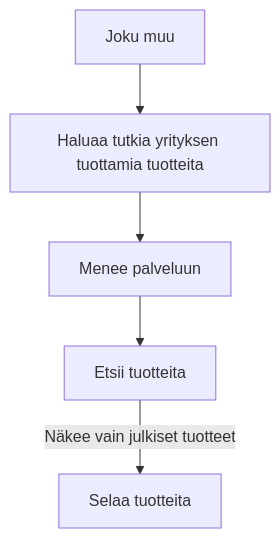
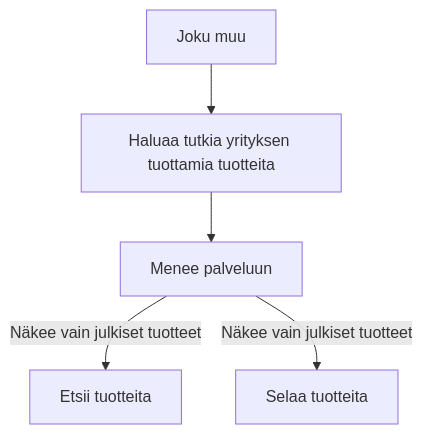
One commit to martimik/TuHlaRi-core changed the fifth of 7 diagrams in dokumentit/02-vaatimusmaarittely/vaatimusmaarittely.md. Above: the diagram before and after it, drawn with Mermaid. The commit also changed other lines of this file, not shown here.

````diff
--- a/dokumentit/02-vaatimusmaarittely/vaatimusmaarittely.md
+++ b/dokumentit/02-vaatimusmaarittely/vaatimusmaarittely.md
@@ -191,12 +194,12 @@
 ```mermaid
  graph TD
  
 J["Joku muu"]
 
 J --> A1
 
 A1["Haluaa tutkia yrityksen tuottamia tuotteita"]-->B1["Menee palveluun"]
-B1-->C1["Etsii tuotteita"]
-C1-->|Näkee vain julkiset tuotteet|D1["Selaa tuotteita"]
+B1-->|Näkee vain julkiset tuotteet|C1["Etsii tuotteita"]
+B1-->|Näkee vain julkiset tuotteet|D1["Selaa tuotteita"]
 
 ```
````
